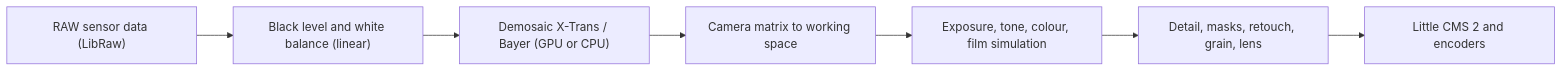
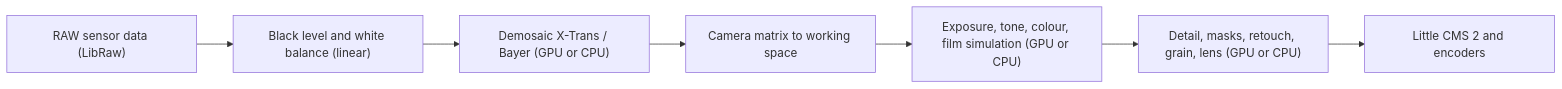
The diagram in README.md (ozdil/omarchy-omastudio), drawn with Mermaid before and after one commit. The commit also changed other lines of this file and 43 other files, not shown here.

````diff
--- a/README.md
+++ b/README.md
@@ -72,9 +72,9 @@
 ```mermaid
 flowchart LR
     A["RAW sensor data (LibRaw)"] --> B["Black level and white balance (linear)"]
     B --> C["Demosaic X-Trans / Bayer (GPU or CPU)"]
     C --> D["Camera matrix to working space"]
-    D --> E["Exposure, tone, colour, film simulation"]
-    E --> F["Detail, masks, retouch, grain, lens"]
+    D --> E["Exposure, tone, colour, film simulation (GPU or CPU)"]
+    E --> F["Detail, masks, retouch, grain, lens (GPU or CPU)"]
     F --> G["Little CMS 2 and encoders"]
 ```
````
